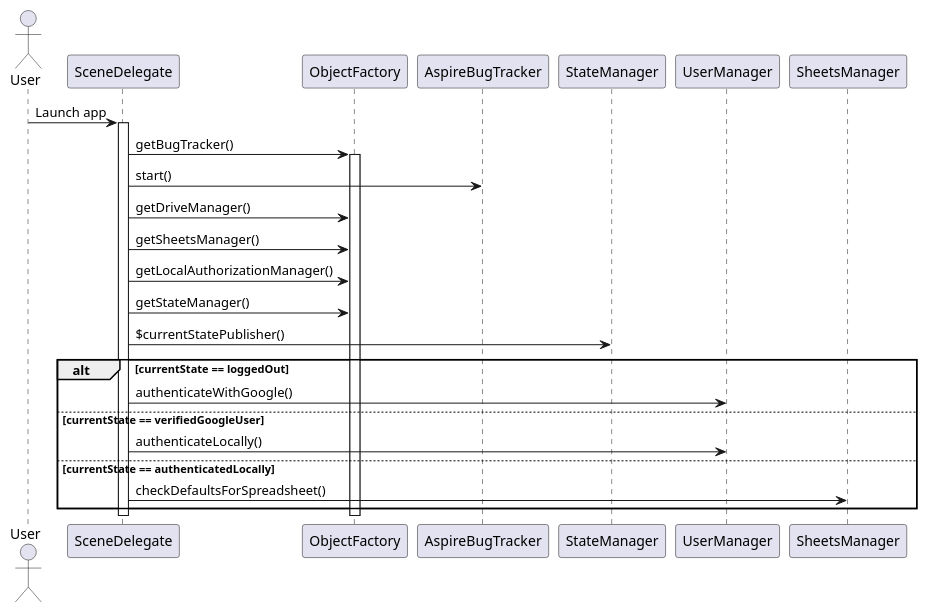
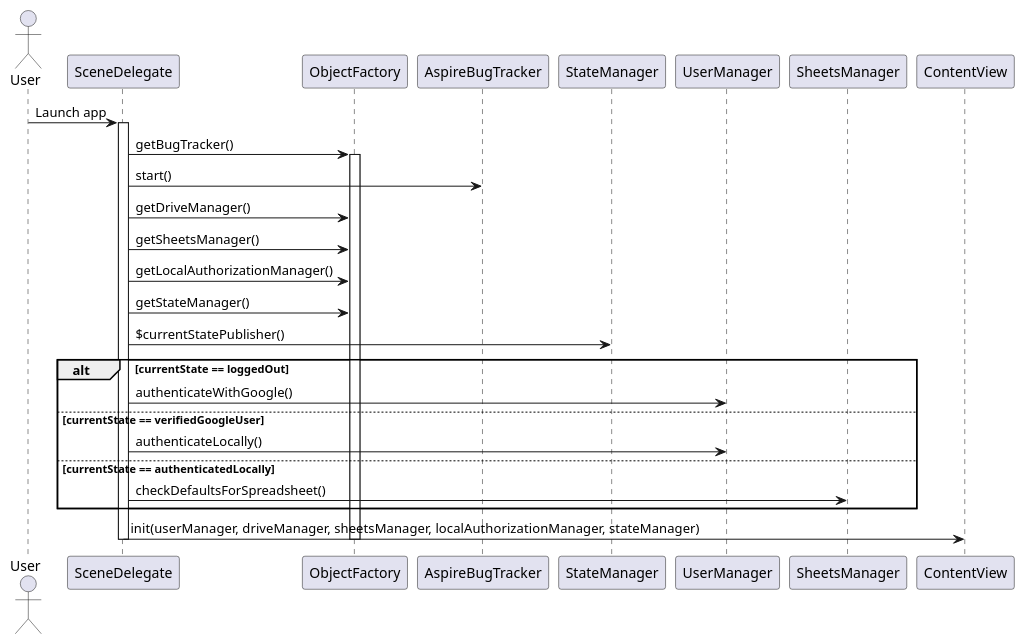
Before and after one commit to aspirebudgetingmobile/aspirebudgeting_ios: the diagram in Documentation/LaunchSequence.puml, drawn with PlantUML. The commit also changed 5 other files, not shown here.

Commit message:
AspireMasterView sequence and some updates

```diff
--- a/Documentation/LaunchSequence.puml
+++ b/Documentation/LaunchSequence.puml
@@ -1,29 +1,31 @@
 @startuml
 actor User
 User -> SceneDelegate : Launch app
 activate SceneDelegate
 
 SceneDelegate -> ObjectFactory : getBugTracker()
 activate ObjectFactory
 
 SceneDelegate -> AspireBugTracker : start()
 SceneDelegate -> ObjectFactory : getDriveManager()
 SceneDelegate -> ObjectFactory : getSheetsManager()
 SceneDelegate -> ObjectFactory : getLocalAuthorizationManager()
 SceneDelegate -> ObjectFactory : getStateManager()
 
 SceneDelegate -> StateManager : $currentStatePublisher()
 
 alt currentState == loggedOut
 SceneDelegate -> UserManager : authenticateWithGoogle()
 
 else currentState == verifiedGoogleUser
 SceneDelegate -> UserManager : authenticateLocally()
 
 else currentState == authenticatedLocally
 SceneDelegate -> SheetsManager : checkDefaultsForSpreadsheet()
 end
 
+SceneDelegate -> ContentView : init(userManager, driveManager, sheetsManager, localAuthorizationManager, stateManager)
+
 deactivate ObjectFactory
 deactivate SceneDelegate
 @enduml
```
